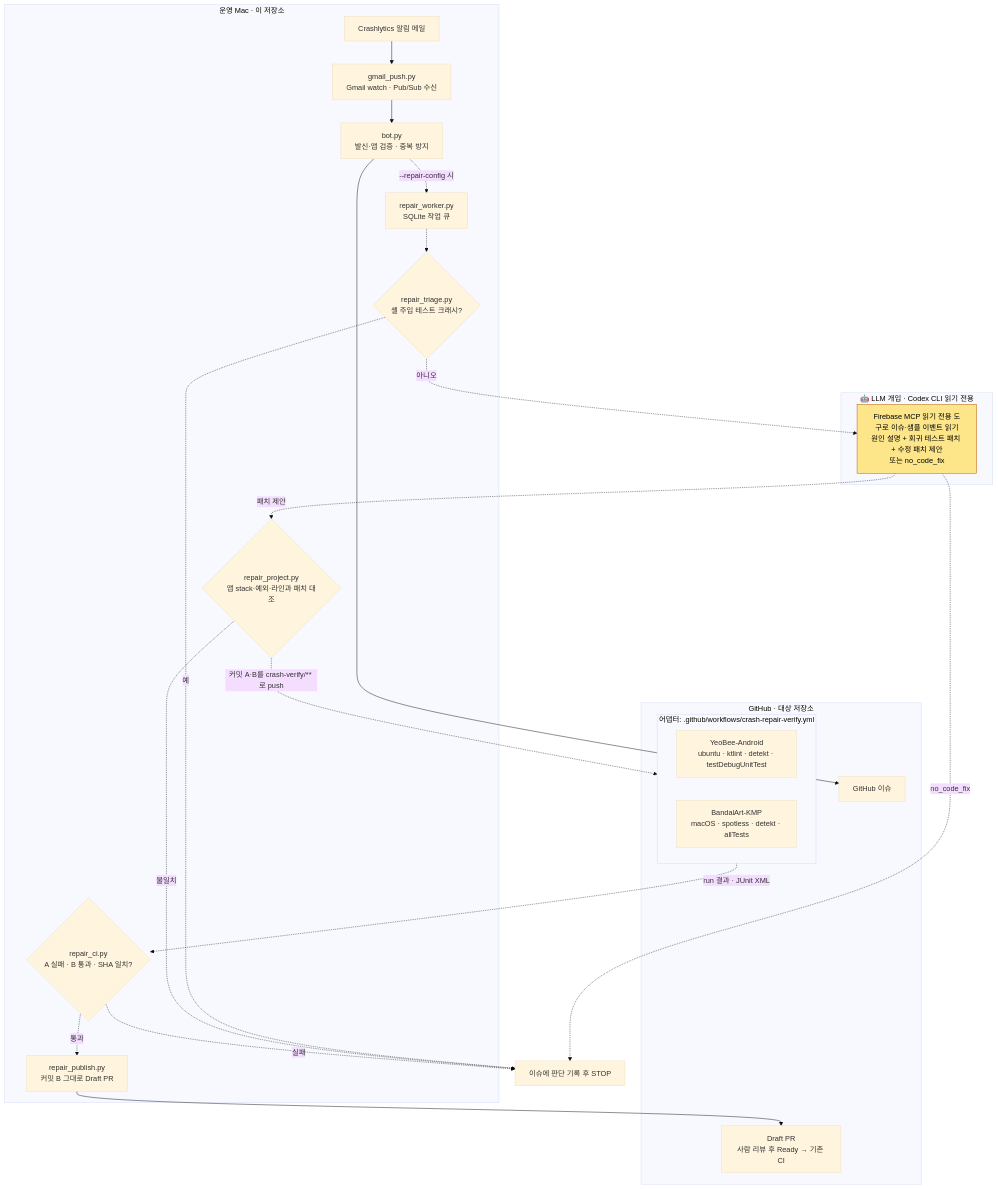
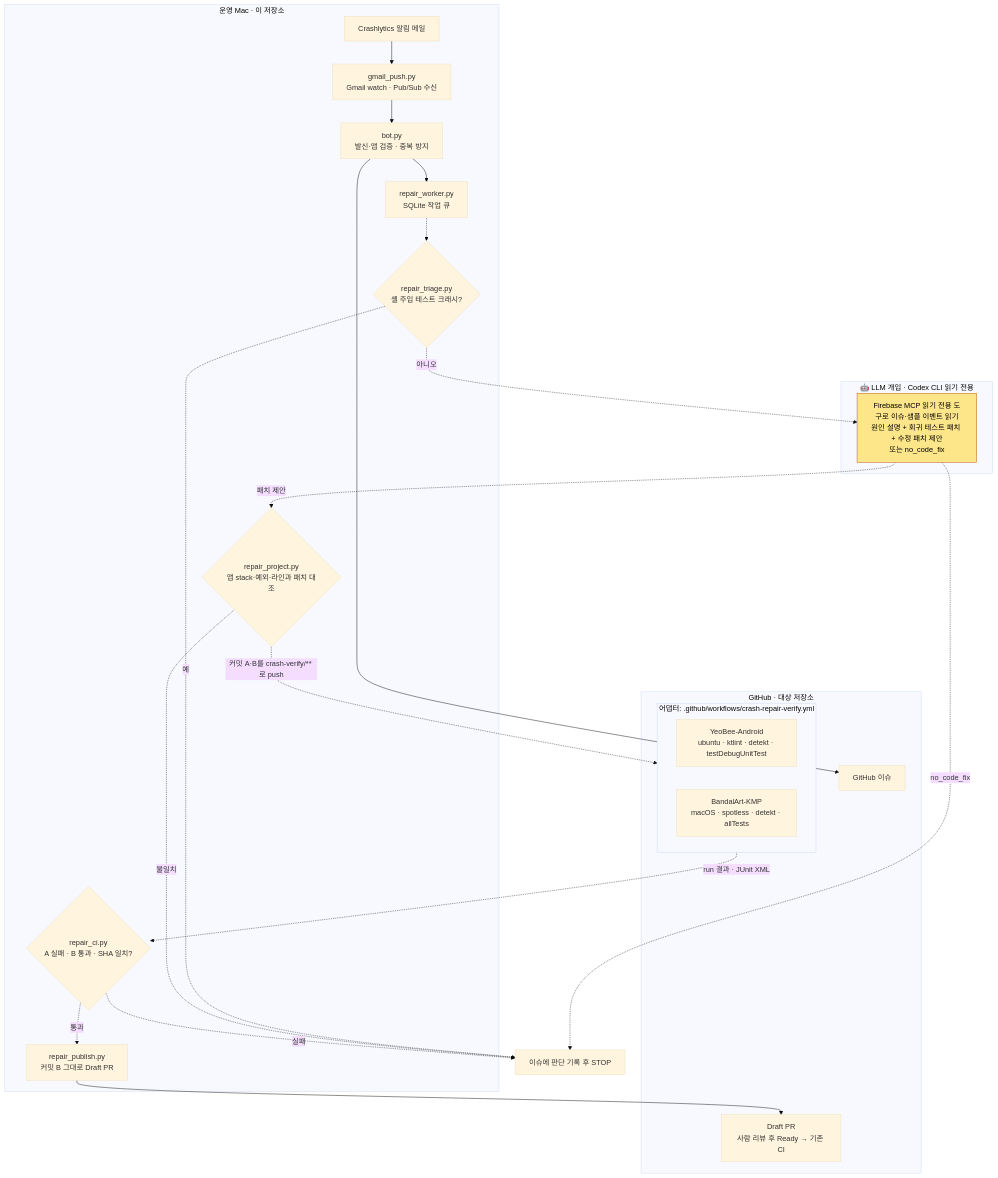
Before and after one commit to easyhooon/personal-crashlytics-bot: the diagram in README.md, drawn with Mermaid (base theme). The commit also changed other lines of this file and 5 other files, not shown here.

````diff
--- a/README.md
+++ b/README.md
@@ -19,41 +19,41 @@
 ```mermaid
 flowchart TD
     subgraph MAC["운영 Mac · 이 저장소"]
         A["Crashlytics 알림 메일"] --> B["gmail_push.py<br/>Gmail watch · Pub/Sub 수신"]
         B --> C["bot.py<br/>발신·앱 검증 · 중복 방지"]
         W["repair_worker.py<br/>SQLite 작업 큐"]
         T{"repair_triage.py<br/>셸 주입 테스트 크래시?"}
         G{"repair_project.py<br/>앱 stack·예외·라인과 패치 대조"}
         V{"repair_ci.py<br/>A 실패 · B 통과 · SHA 일치?"}
         P["repair_publish.py<br/>커밋 B 그대로 Draft PR"]
     end
 
     subgraph LLM["🤖 LLM 개입 · Codex CLI 읽기 전용"]
         F["Firebase MCP 읽기 전용 도구로 이슈·샘플 이벤트 읽기<br/>원인 설명 + 회귀 테스트 패치 + 수정 패치 제안<br/>또는 no_code_fix"]
     end
 
     subgraph GH["GitHub · 대상 저장소"]
         D["GitHub 이슈"]
         subgraph AD["어댑터: .github/workflows/crash-repair-verify.yml"]
             YB["YeoBee-Android<br/>ubuntu · ktlint · detekt · testDebugUnitTest"]
             BA["BandalArt-KMP<br/>macOS · spotless · detekt · allTests"]
         end
         PR["Draft PR<br/>사람 리뷰 후 Ready → 기존 CI"]
     end
 
     C --> D
-    C -. "--repair-config 시" .-> W
+    C --> W
     W -.-> T
     T -. 예 .-> S["이슈에 판단 기록 후 STOP"]
     T -. 아니오 .-> F
     F -. no_code_fix .-> S
     F -. 패치 제안 .-> G
     G -. 불일치 .-> S
     G -. "커밋 A·B를 crash-verify/** 로 push" .-> AD
     AD -. "run 결과 · JUnit XML" .-> V
     V -. 실패 .-> S
     V -. 통과 .-> P --> PR
 
     classDef llm fill:#fde68a,stroke:#b45309,color:#000
     class F llm
 ```
````
